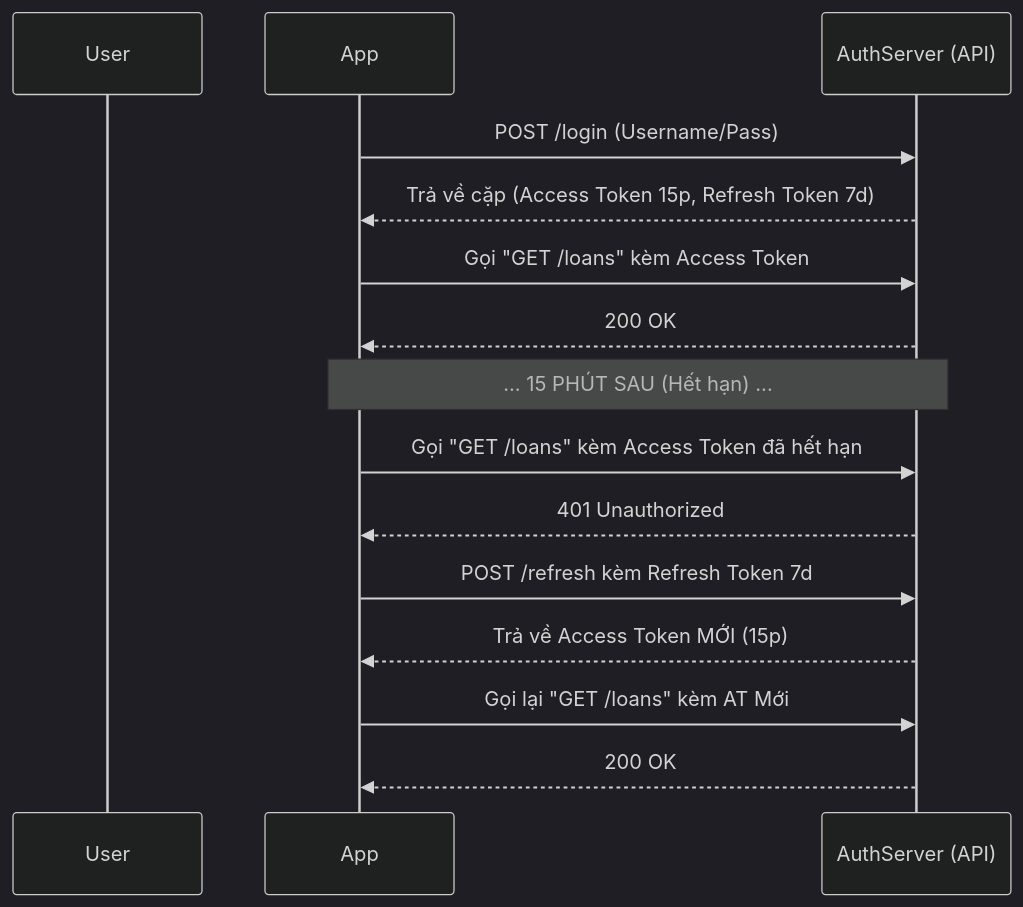
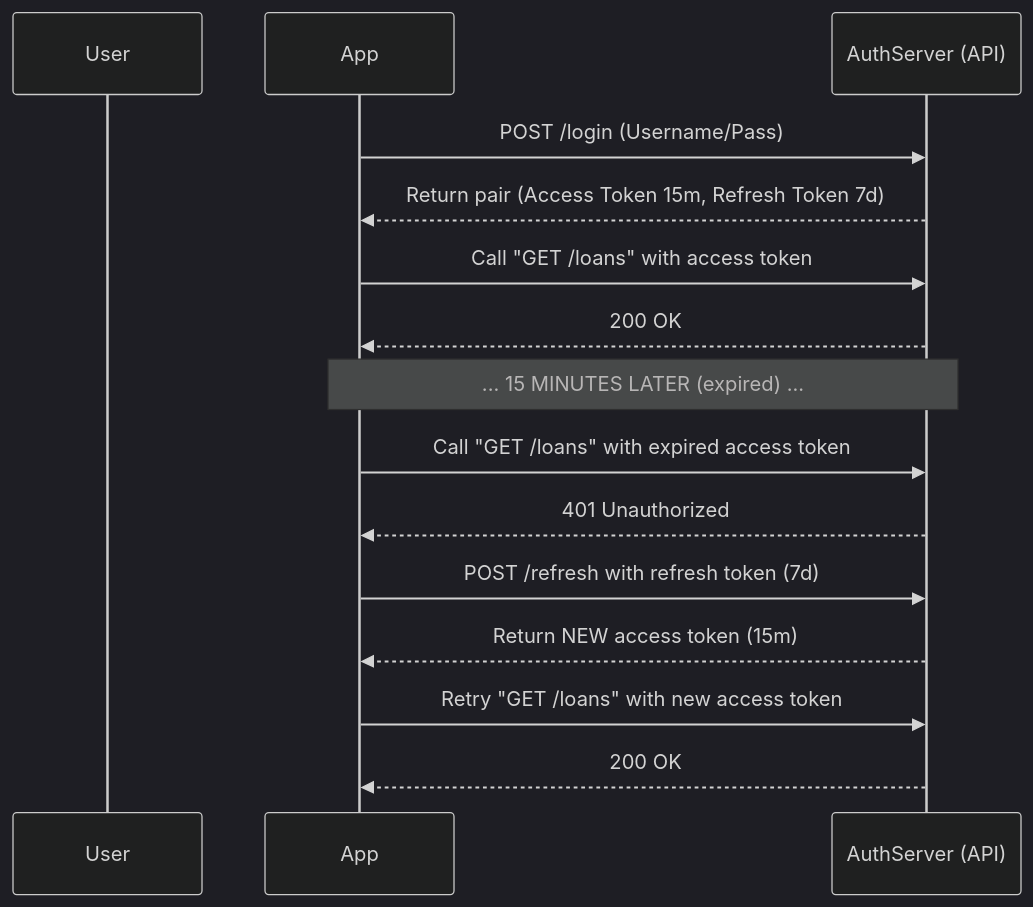
Before and after one commit to jc-hello/2526II_INT3505_1: the diagram in week6/2_token_advanced_concepts.md, drawn with Mermaid (dark theme). The commit also changed other lines of this file and 2 other files, not shown here.

````diff
--- a/week6/2_token_advanced_concepts.md
+++ b/week6/2_token_advanced_concepts.md
@@ -24,18 +24,18 @@
 ```mermaid
 sequenceDiagram
     participant User
     participant App
     participant AuthServer (API)
 
     App->>AuthServer (API): POST /login (Username/Pass)
-    AuthServer (API)-->>App: Trả về cặp (Access Token 15p, Refresh Token 7d)
-    App->>AuthServer (API): Gọi "GET /loans" kèm Access Token
+    AuthServer (API)-->>App: Return pair (Access Token 15m, Refresh Token 7d)
+    App->>AuthServer (API): Call "GET /loans" with access token
     AuthServer (API)-->>App: 200 OK
-    Note over App, AuthServer (API): ... 15 PHÚT SAU (Hết hạn) ...
-    App->>AuthServer (API): Gọi "GET /loans" kèm Access Token đã hết hạn
+    Note over App, AuthServer (API): ... 15 MINUTES LATER (expired) ...
+    App->>AuthServer (API): Call "GET /loans" with expired access token
     AuthServer (API)-->>App: 401 Unauthorized
-    App->>AuthServer (API): POST /refresh kèm Refresh Token 7d
-    AuthServer (API)-->>App: Trả về Access Token MỚI (15p)
-    App->>AuthServer (API): Gọi lại "GET /loans" kèm AT Mới
+    App->>AuthServer (API): POST /refresh with refresh token (7d)
+    AuthServer (API)-->>App: Return NEW access token (15m)
+    App->>AuthServer (API): Retry "GET /loans" with new access token
     AuthServer (API)-->>App: 200 OK
 ```
````
